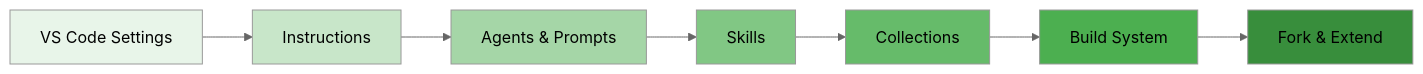
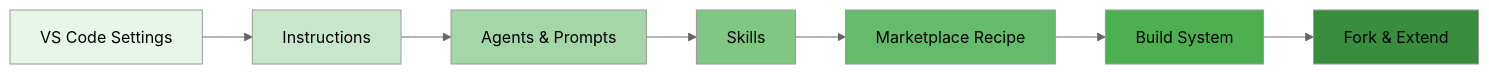
The diagram in docs/customization/README.md (MohammedAlkindi/hve-core), drawn with Mermaid (neutral theme) before and after one commit. The commit also changed other lines of this file and 999 other files, not shown here.

````diff
--- a/docs/customization/README.md
+++ b/docs/customization/README.md
@@ -38,17 +38,17 @@
 ```mermaid
 graph LR
     A["VS Code Settings"] --> B["Instructions"]
     B --> C["Agents & Prompts"]
     C --> D["Skills"]
-    D --> E["Collections"]
+    D --> E["Marketplace Recipe"]
     E --> F["Build System"]
     F --> G["Fork & Extend"]
 
     style A fill:#e8f5e9
     style B fill:#c8e6c9
     style C fill:#a5d6a7
     style D fill:#81c784
     style E fill:#66bb6a
     style F fill:#4caf50
     style G fill:#388e3c
 ```
````
